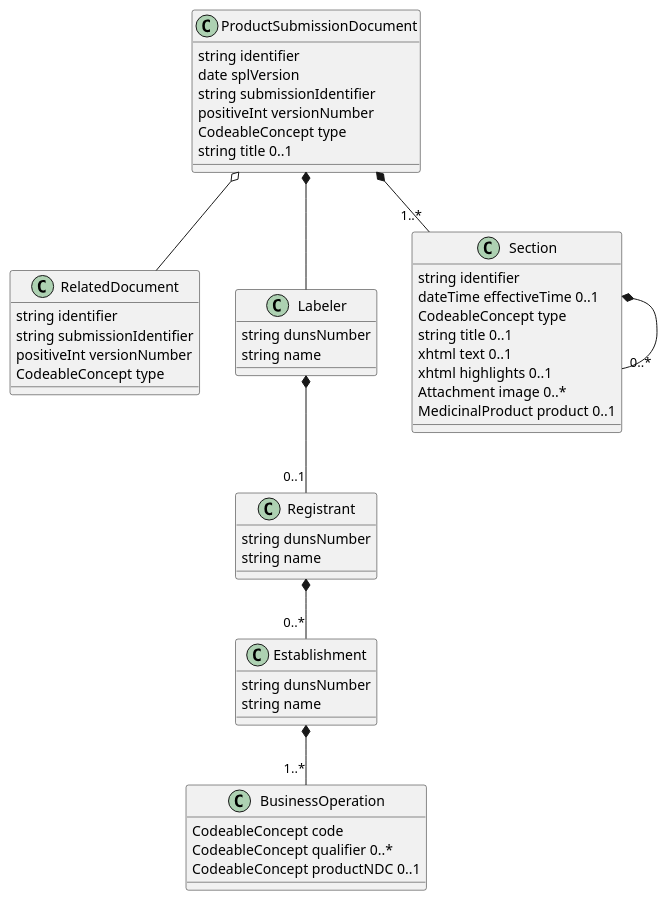
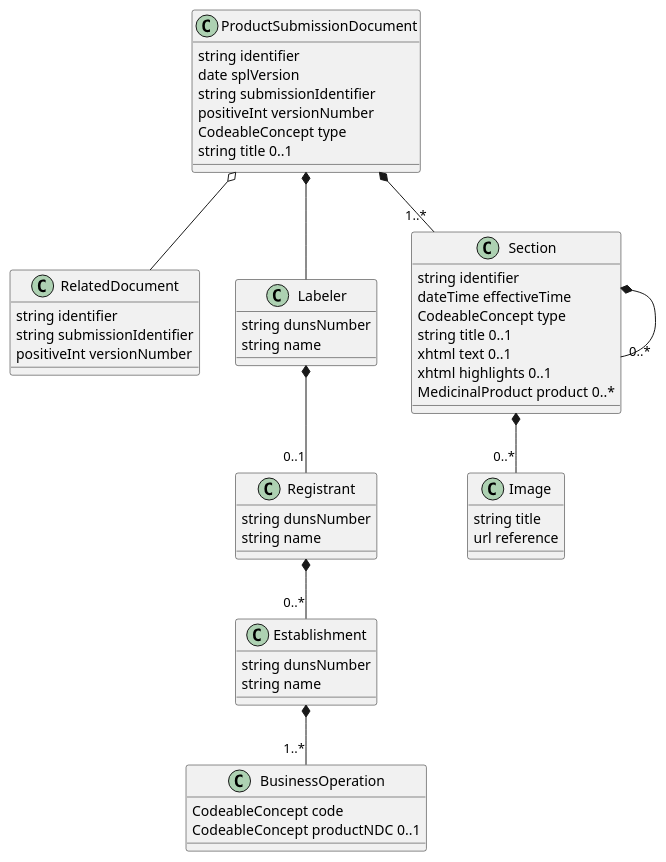
One commit to HL7/fhir-spl changed the diagram in input/images-source/ProductSubmissionDocumentLogicalModel.plantuml. Above: the diagram before and after it, drawn with PlantUML. The commit also changed 2 other files, not shown here.

```diff
--- a/input/images-source/ProductSubmissionDocumentLogicalModel.plantuml
+++ b/input/images-source/ProductSubmissionDocumentLogicalModel.plantuml
@@ -1,50 +1,52 @@
 @startuml
 class ProductSubmissionDocument {
 	string identifier
 	date splVersion
 	string submissionIdentifier
 	positiveInt versionNumber
 	CodeableConcept type
 	string title 0..1
 }
 ProductSubmissionDocument o-- RelatedDocument
 class RelatedDocument {
 	string identifier
 	string submissionIdentifier
 	positiveInt versionNumber
-	CodeableConcept type
 }
 ProductSubmissionDocument *-- Labeler
 class Labeler {
 	string dunsNumber
 	string name
 }
 Labeler *-- "0..1" Registrant
 class Registrant {
 	string dunsNumber
 	string name
 }
 Registrant *-- "0..*" Establishment
 class Establishment {
 	string dunsNumber
 	string name
 }
 Establishment *-- "1..*" BusinessOperation
 class BusinessOperation {
 	CodeableConcept code
-	CodeableConcept qualifier 0..*
 	CodeableConcept productNDC 0..1
 }
 ProductSubmissionDocument *-- "1..*" Section
 class Section {
 	string identifier
-	dateTime effectiveTime 0..1
+	dateTime effectiveTime
 	CodeableConcept type
 	string title 0..1
 	xhtml text 0..1
 	xhtml highlights 0..1
-	Attachment image 0..*
-	MedicinalProduct product 0..1
+	MedicinalProduct product 0..*
+}
+Section *-- "0..*" Image
+class Image {
+  string title
+  url reference
 }
 Section *-- "0..*" Section
 @enduml
```
